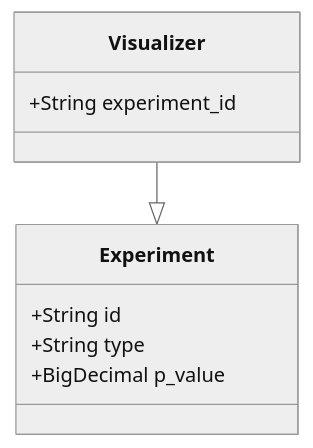
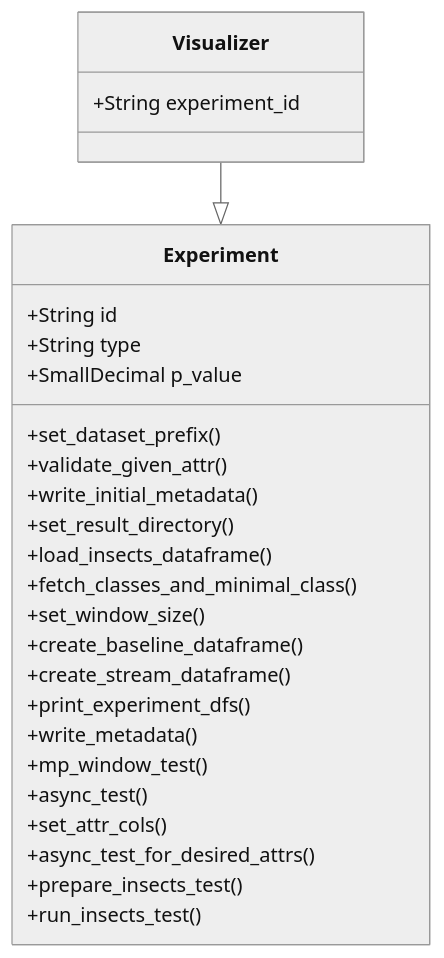
Before and after one commit to lucashelfs/drifts: the diagram in dev/codes/README.md, drawn with Mermaid (neutral theme).

Commit message:
docs: add experiment methods

````diff
--- a/dev/codes/README.md
+++ b/dev/codes/README.md
@@ -5,17 +5,36 @@
 ```mermaid
+classDiagram
 
-classDiagram
+Visualizer --|> Experiment
+
 class Experiment{
     +String id
     +String type
-    +BigDecimal p_value
+    +SmallDecimal p_value
 
+    +set_dataset_prefix()
+    +validate_given_attr()
+    +write_initial_metadata()
+    +set_result_directory()
+    +load_insects_dataframe()
+    +fetch_classes_and_minimal_class()
+    +set_window_size()
+    +create_baseline_dataframe()
+    +create_stream_dataframe()
+    +print_experiment_dfs()
+    +write_metadata()
+    +mp_window_test()
+    +async_test()
+    +set_attr_cols()
+    +async_test_for_desired_attrs()
+    +prepare_insects_test()
+    +run_insects_test()
 }
 
 class Visualizer{
     +String experiment_id
 }
 
-Visualizer --|> Experiment
+
 
 ```
````
